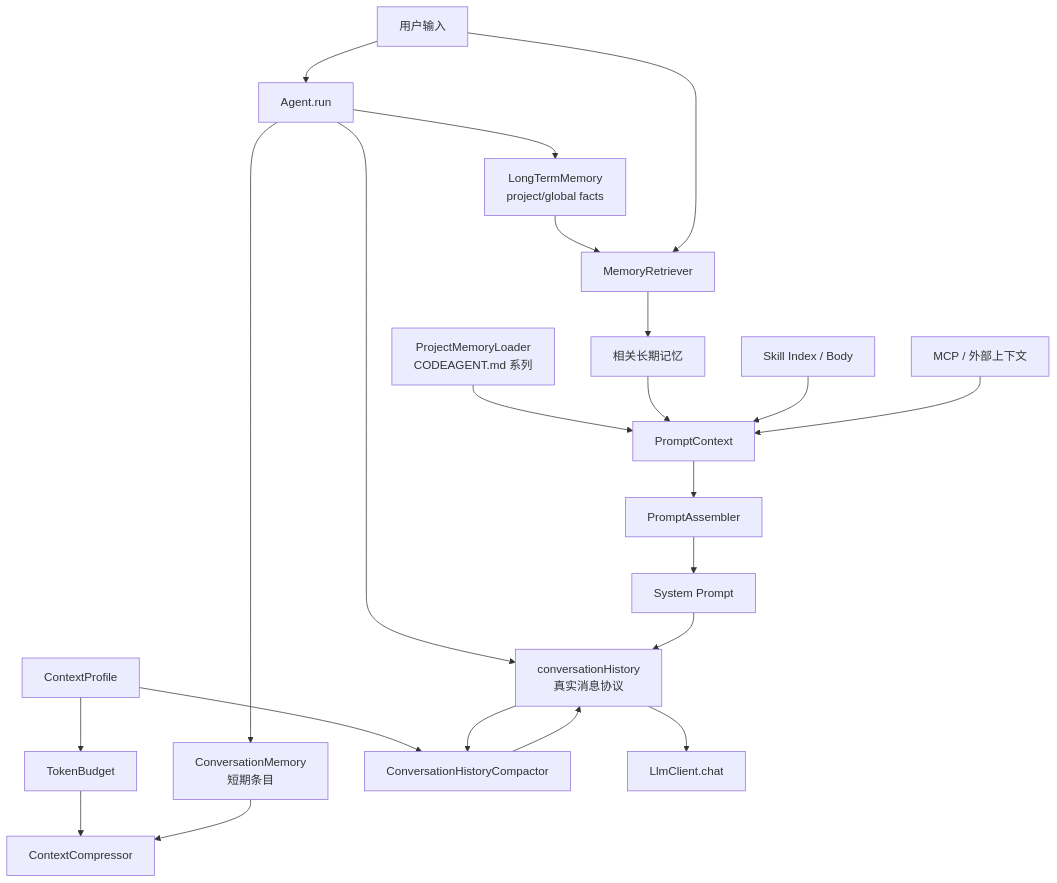
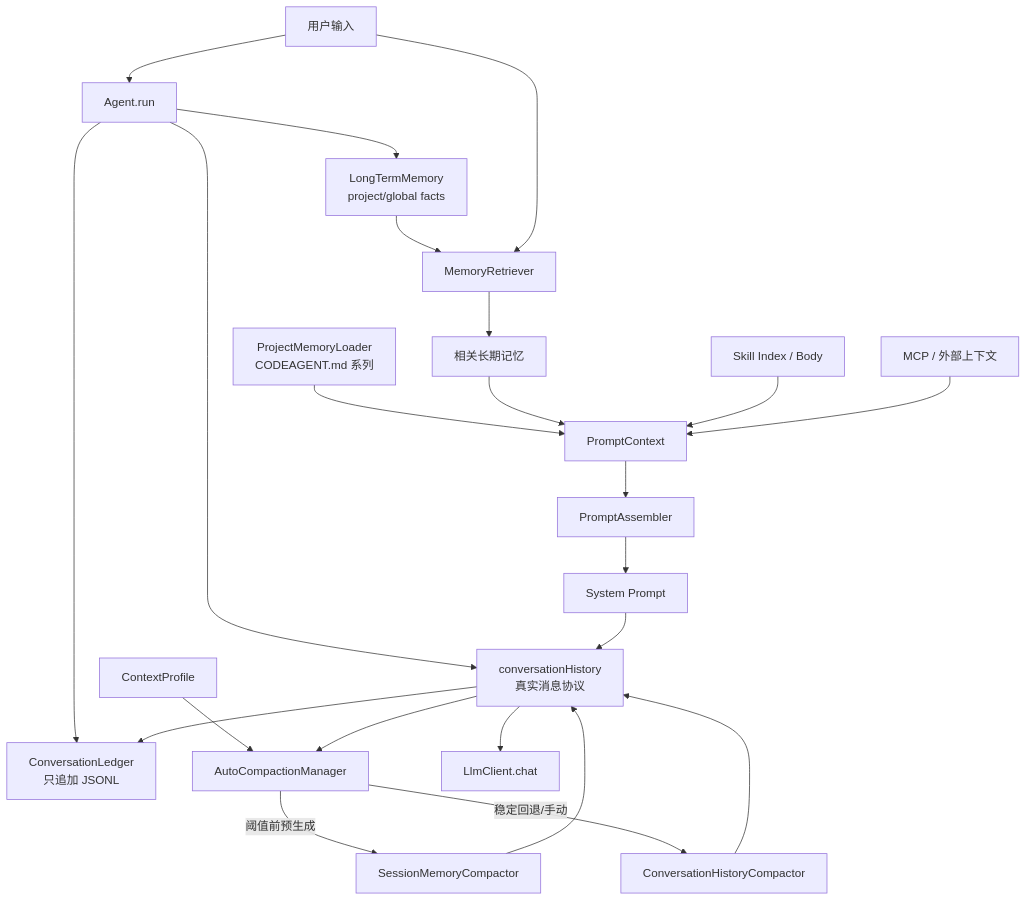
Before and after one commit to zgjdev/Code-Agent: the first of 2 diagrams in docs/dev/06-memory-context.md, drawn with Mermaid. The commit also changed other lines of this file and 5 other files, not shown here.

````diff
--- a/docs/dev/06-memory-context.md
+++ b/docs/dev/06-memory-context.md
@@ -47,29 +54,30 @@
 ```mermaid
 flowchart TB
     User[用户输入] --> Agent[Agent.run]
 
-    Agent --> STM[ConversationMemory<br/>短期条目]
+    Agent --> Hist[conversationHistory<br/>真实消息协议]
     Agent --> LTM[LongTermMemory<br/>project/global facts]
-    Agent --> Hist[conversationHistory<br/>真实消息协议]
+    Agent --> Ledger[ConversationLedger<br/>只追加 JSONL]
 
     LTM --> Retriever[MemoryRetriever]
     User --> Retriever
     Retriever --> Relevant[相关长期记忆]
 
     PAI[ProjectMemoryLoader<br/>CODEAGENT.md 系列] --> PC[PromptContext]
     Relevant --> PC
     Skill[Skill Index / Body] --> PC
     External[MCP / 外部上下文] --> PC
     PC --> Assembler[PromptAssembler]
     Assembler --> System[System Prompt]
     System --> Hist
 
-    Profile[ContextProfile] --> Budget[TokenBudget]
-    Profile --> HistoryCompactor[ConversationHistoryCompactor]
-    Budget --> ShortCompressor[ContextCompressor]
-    STM --> ShortCompressor
-    Hist --> HistoryCompactor
-    HistoryCompactor --> Hist
+    Profile[ContextProfile] --> Auto[AutoCompactionManager]
+    Hist --> Auto
+    Auto -->|阈值前预生成| SessionMem[SessionMemoryCompactor]
+    Auto -->|稳定回退/手动| FullComp[ConversationHistoryCompactor]
+    SessionMem --> Hist
+    FullComp --> Hist
 
     Hist --> LLM[LlmClient.chat]
+    Hist --> Ledger
 ```
````
